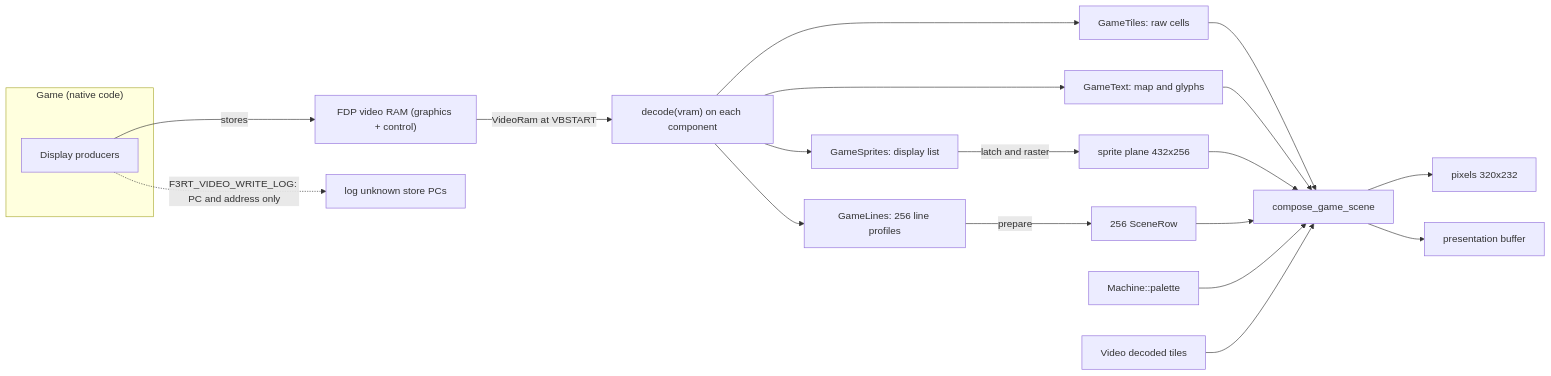
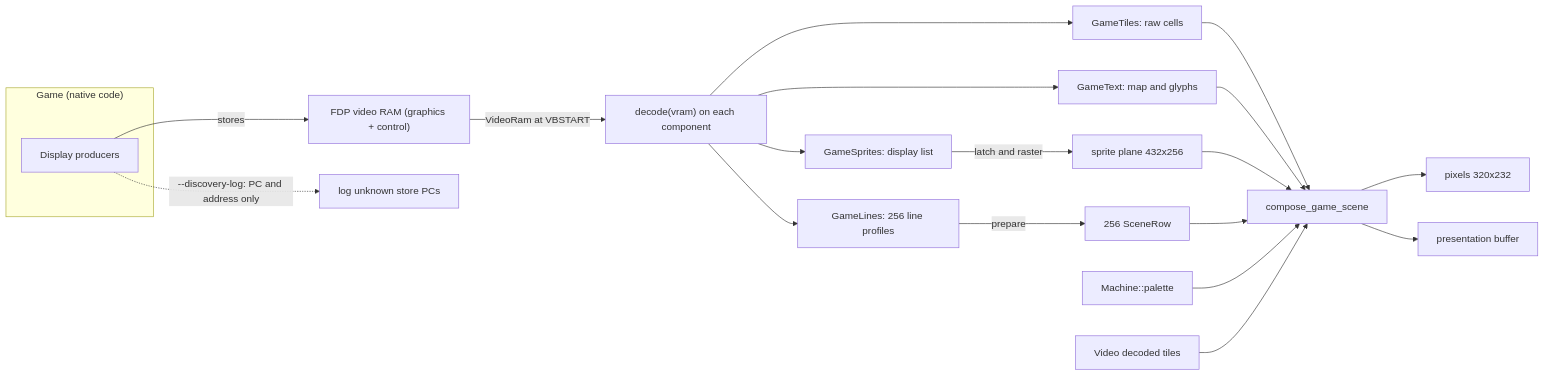
Before and after one commit to ansxor/f3-recomp: the second of 4 diagrams in docs/site/developer/runtime/video/game-hle.md, drawn with Mermaid. The commit also changed other lines of this file and 69 other files, not shown here.

First line of the commit message:
Add display-synced flicker shadows, a single Renderer setting, and --discovery-log

````diff
--- a/docs/site/developer/runtime/video/game-hle.md
+++ b/docs/site/developer/runtime/video/game-hle.md
@@ -88,23 +84,23 @@
 ```mermaid
 flowchart LR
     subgraph guest["Game (native code)"]
         PROD["Display producers"]
     end
     PROD -->|"stores"| VRAM["FDP video RAM (graphics + control)"]
     VRAM -->|"VideoRam at VBSTART"| OBS["decode(vram) on each component"]
     OBS --> T["GameTiles: raw cells"]
     OBS --> X["GameText: map and glyphs"]
     OBS --> S["GameSprites: display list"]
     OBS --> L["GameLines: 256 line profiles"]
-    PROD -.->|"F3RT_VIDEO_WRITE_LOG: PC and address only"| GUARD["log unknown store PCs"]
+    PROD -.->|"--discovery-log: PC and address only"| GUARD["log unknown store PCs"]
     S -->|"latch and raster"| SP["sprite plane 432x256"]
     L -->|"prepare"| ROWS["256 SceneRow"]
     T --> C["compose_game_scene"]
     X --> C
     SP --> C
     ROWS --> C
     PAL["Machine::palette"] --> C
     TILES["Video decoded tiles"] --> C
     C --> PIX["pixels 320x232"]
     C --> PRES["presentation buffer"]
 ```
````
